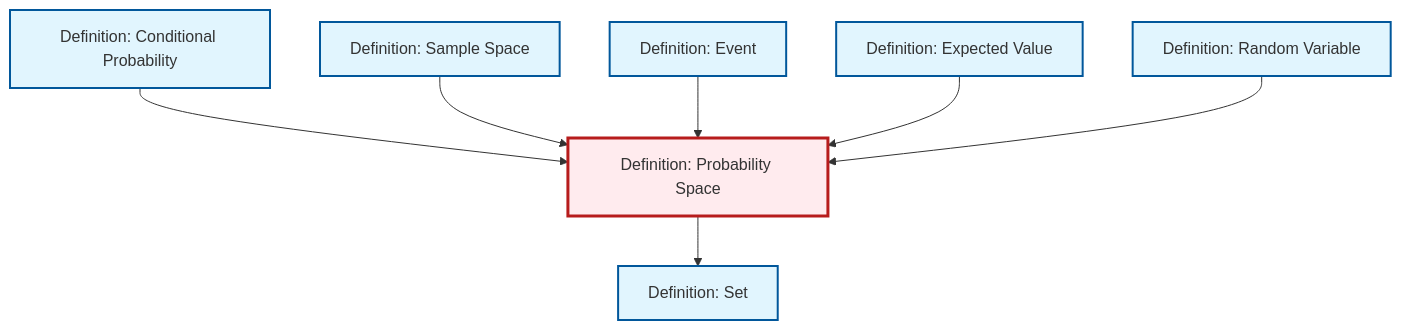
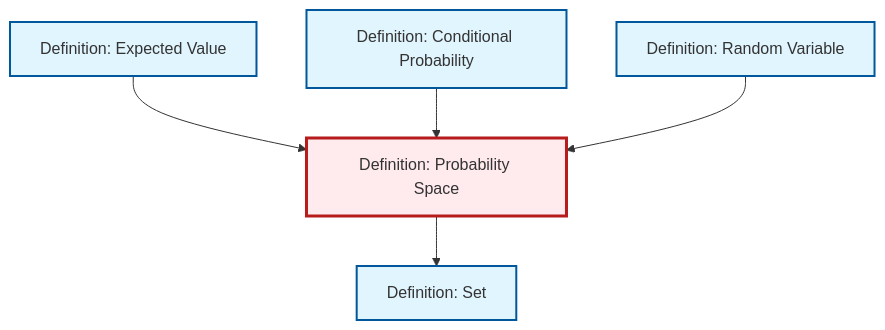
One commit to RK0429/ModernMath changed the diagram in content/en/probability-statistics/def-probability-space.qmd. Above: the diagram before and after it, drawn with Mermaid. The commit also changed 511 other files, not shown here.

````diff
--- a/content/en/probability-statistics/def-probability-space.qmd
+++ b/content/en/probability-statistics/def-probability-space.qmd
@@ -46,30 +46,19 @@
 ```{mermaid}
 %%| fig-cap: "Local dependency graph"
 graph TD
     classDef definition fill:#e1f5fe,stroke:#01579b,stroke-width:2px
     classDef theorem fill:#f3e5f5,stroke:#4a148c,stroke-width:2px
     classDef axiom fill:#fff3e0,stroke:#e65100,stroke-width:2px
     classDef example fill:#e8f5e9,stroke:#1b5e20,stroke-width:2px
     classDef current fill:#ffebee,stroke:#b71c1c,stroke-width:3px
+    def-probability-space["Definition: Probability Space"]:::definition
     def-expectation["Definition: Expected Value"]:::definition
-    def-event["Definition: Event"]:::definition
+    def-conditional-probability["Definition: Conditional Probability"]:::definition
+    def-random-variable["Definition: Random Variable"]:::definition
     def-set["Definition: Set"]:::definition
-    def-sample-space["Definition: Sample Space"]:::definition
-    def-random-variable["Definition: Random Variable"]:::definition
-    def-conditional-probability["Definition: Conditional Probability"]:::definition
-    def-probability-space["Definition: Probability Space"]:::definition
     def-probability-space --> def-set
+    def-expectation --> def-probability-space
     def-conditional-probability --> def-probability-space
-    def-sample-space --> def-probability-space
-    def-event --> def-probability-space
-    def-expectation --> def-probability-space
     def-random-variable --> def-probability-space
     class def-probability-space current
-
-    click def-expectation "def-expectation.html" "Go to Expected Value definition"
-    click def-event "def-event.html" "Go to Event definition"
-    click def-set "def-set.html" "Go to Set definition"
-    click def-sample-space "def-sample-space.html" "Go to Sample Space definition"
-    click def-random-variable "def-random-variable.html" "Go to Random Variable definition"
-    click def-conditional-probability "def-conditional-probability.html" "Go to Conditional Probability definition"
 ```
````
